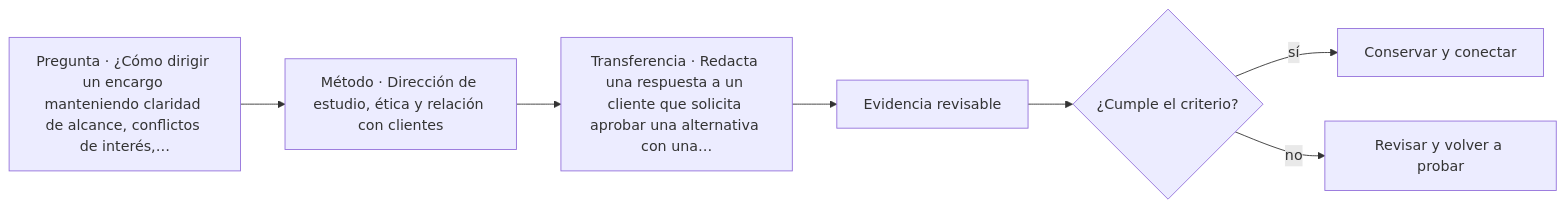
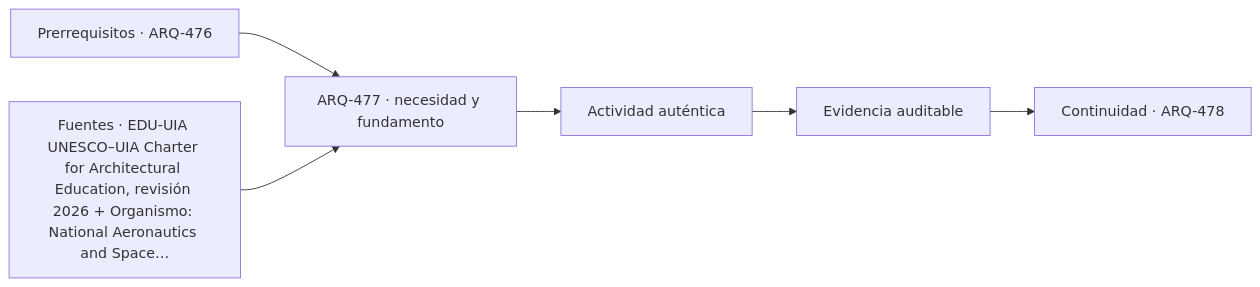
Before and after one commit to vladimiracunadev-create/architecture-built-environment-learning-program: the diagram in classes/parte-48/ARQ-477.md, drawn with Mermaid. The commit also changed other lines of this file and 761 other files, not shown here.

````diff
--- a/classes/parte-48/ARQ-477.md
+++ b/classes/parte-48/ARQ-477.md
@@ -75,9 +87,8 @@
 ```mermaid
 flowchart LR
-    Q["Pregunta · ¿Cómo dirigir un encargo manteniendo claridad de alcance, conflictos de interés,…"] --> M["Método · Dirección de estudio, ética y relación con clientes"]
-    M --> P["Transferencia · Redacta una respuesta a un cliente que solicita aprobar una alternativa con una…"]
-    P --> E["Evidencia revisable"]
-    E --> C{"¿Cumple el criterio?"}
-    C -->|sí| T["Conservar y conectar"]
-    C -->|no| R["Revisar y volver a probar"]
+    A["Prerrequisitos · ARQ-476"] --> B["ARQ-477 · necesidad y fundamento"]
+    S["Fuentes · EDU-UIA UNESCO–UIA Charter for Architectural Education, revisión 2026 + Organismo: National Aeronautics and Space…"] --> B
+    B --> C["Actividad auténtica"]
+    C --> D["Evidencia auditable"]
+    D --> E["Continuidad · ARQ-478"]
 ```
````
